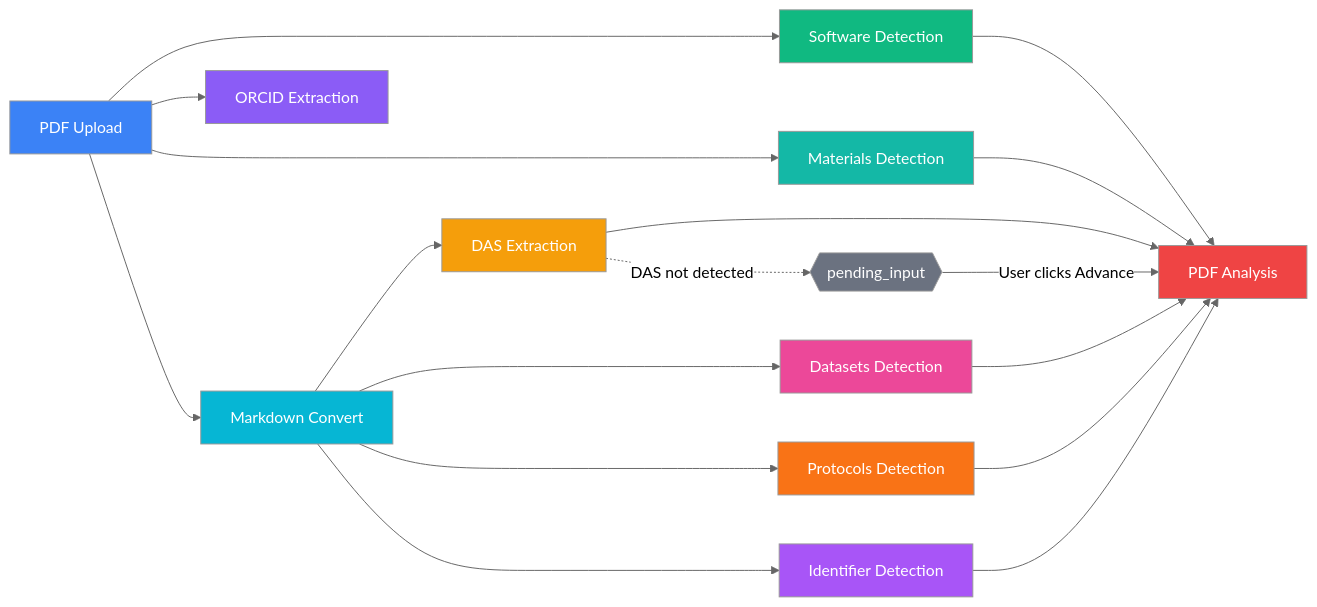
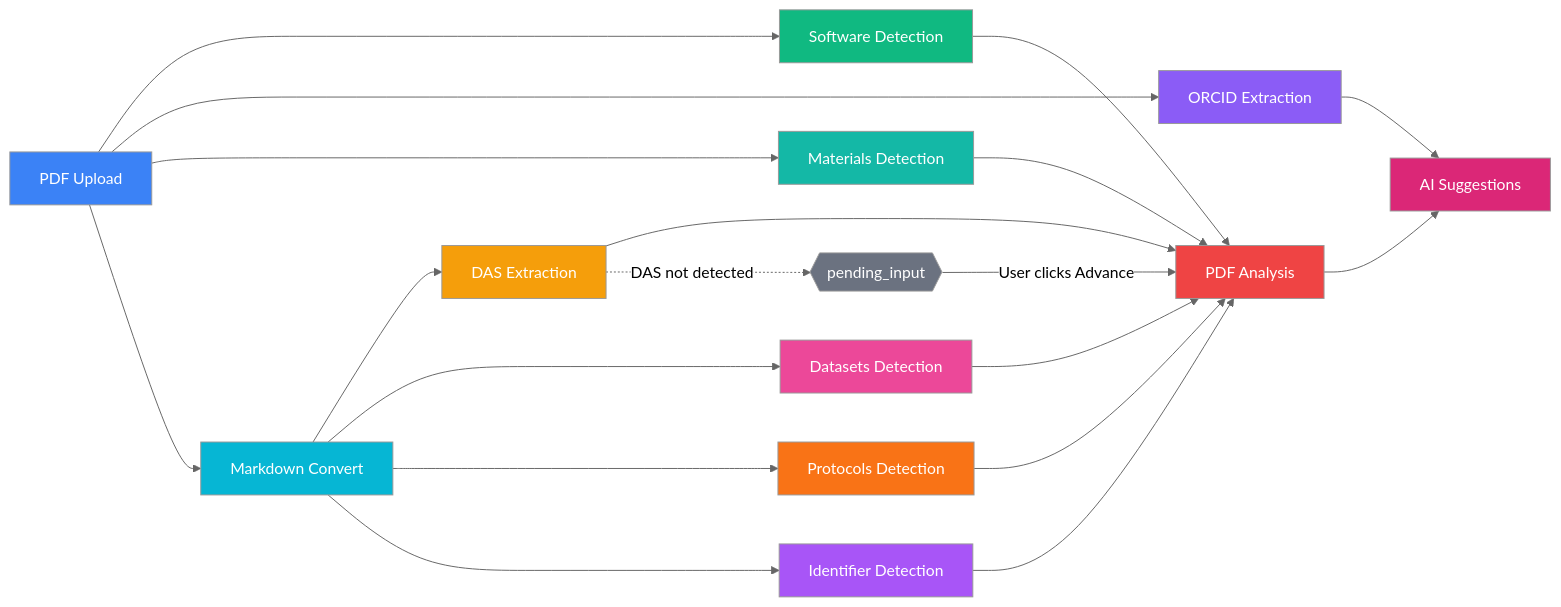
Before and after one commit to DataSeer/asap-kr-sync: the fourth of 13 diagrams in docs/submission-workflow.md, drawn with Mermaid (neutral theme). The commit also changed other lines of this file and 14 other files, not shown here.

First line of the commit message:
docs: update for LM PDF Analysis + AI Suggestions module; drop ORCID dep

````diff
--- a/docs/submission-workflow.md
+++ b/docs/submission-workflow.md
@@ -168,31 +171,34 @@
 ```mermaid
 graph LR
     PDF[PDF Upload] --> SW[Software Detection]
     PDF --> ORCID[ORCID Extraction]
     PDF --> MAT[Materials Detection]
     PDF --> MD[Markdown Convert]
     MD --> DAS[DAS Extraction]
     MD --> DS[Datasets Detection]
     MD --> PROT[Protocols Detection]
     MD --> ID[Identifier Detection]
     DAS --> PA[PDF Analysis]
     SW --> PA
     DS --> PA
     MAT --> PA
     PROT --> PA
     ID --> PA
+    PA --> SG[AI Suggestions]
+    ORCID --> SG
     DAS -.->|DAS not detected| PI{{pending_input}}
     PI -->|User clicks Advance| PA
 
     style PDF fill:#3b82f6,color:#fff
     style DAS fill:#f59e0b,color:#fff
     style SW fill:#10b981,color:#fff
     style ORCID fill:#8b5cf6,color:#fff
     style MD fill:#06b6d4,color:#fff
     style DS fill:#ec4899,color:#fff
     style MAT fill:#14b8a6,color:#fff
     style PROT fill:#f97316,color:#fff
     style ID fill:#a855f7,color:#fff
     style PA fill:#ef4444,color:#fff
+    style SG fill:#db2777,color:#fff
     style PI fill:#6b7280,color:#fff
 ```
````
